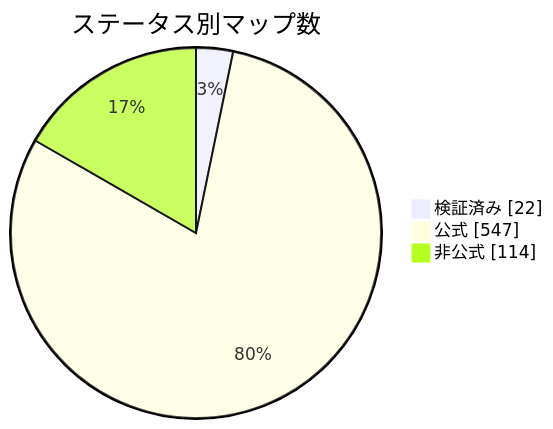
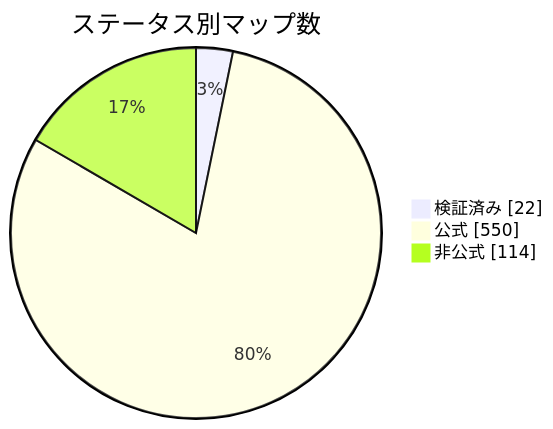
One commit to nobrega8/mbmap-library changed the diagram in docs/readme/README_JP.md. Above: the diagram before and after it, drawn with Mermaid. The commit also changed 8 other files, not shown here.

````diff
--- a/docs/readme/README_JP.md
+++ b/docs/readme/README_JP.md
@@ -54,7 +54,7 @@
 ```mermaid
 pie showData
     title ステータス別マップ数
     "検証済み" : 22
-    "公式" : 547
+    "公式" : 550
     "非公式" : 114
 ```
````
